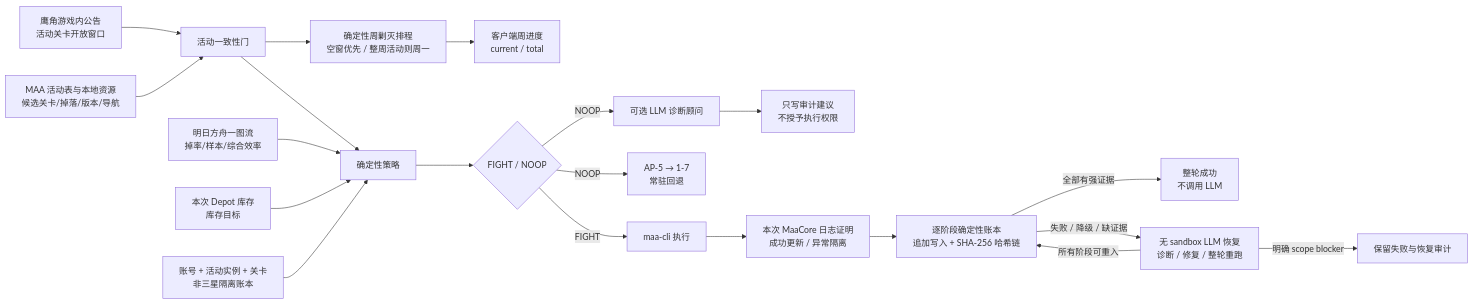
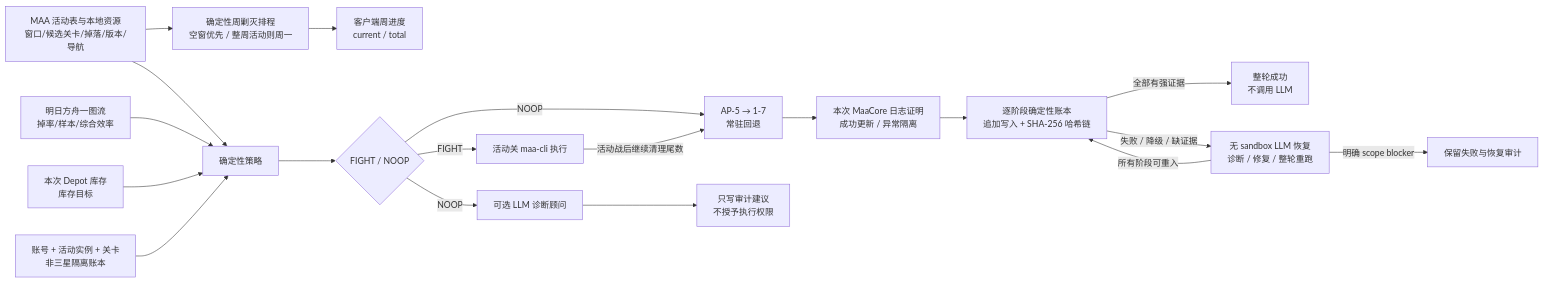
The diagram in README.md (Pzzzzz5142/ZOOTd), drawn with Mermaid before and after one commit. The commit also changed other lines of this file and 21 other files, not shown here.

````diff
--- a/README.md
+++ b/README.md
@@ -13,22 +13,21 @@
 ```mermaid
 flowchart LR
-    O[鹰角游戏内公告<br/>活动关卡开放窗口] --> G[活动一致性门]
-    M[MAA 活动表与本地资源<br/>候选关卡/掉落/版本/导航] --> G
-    G --> P[确定性策略]
+    M[MAA 活动表与本地资源<br/>窗口/候选关卡/掉落/版本/导航] --> P[确定性策略]
     Y[明日方舟一图流<br/>掉率/样本/综合效率] --> P
     I[本次 Depot 库存<br/>库存目标] --> P
     C[账号 + 活动实例 + 关卡<br/>非三星隔离账本] --> P
-    G --> W[确定性周剿灭排程<br/>空窗优先 / 整周活动则周一]
+    M --> W[确定性周剿灭排程<br/>空窗优先 / 整周活动则周一]
     W --> X[客户端周进度<br/>current / total]
     P --> D{FIGHT / NOOP}
-    D -->|FIGHT| E[maa-cli 执行]
+    D -->|FIGHT| E[活动关 maa-cli 执行]
     D -->|NOOP| F[AP-5 → 1-7<br/>常驻回退]
+    E -->|活动战后继续清理尾数| F
     D -->|NOOP| A[可选 LLM 诊断顾问]
     A --> R[只写审计建议<br/>不授予执行权限]
-    E --> Q[本次 MaaCore 日志证明<br/>成功更新 / 异常隔离]
+    F --> Q[本次 MaaCore 日志证明<br/>成功更新 / 异常隔离]
     Q --> S[逐阶段确定性账本<br/>追加写入 + SHA-256 哈希链]
     S -->|全部有强证据| Z[整轮成功<br/>不调用 LLM]
     S -->|失败 / 降级 / 缺证据| L[无 sandbox LLM 恢复<br/>诊断 / 修复 / 整轮重跑]
     L -->|所有阶段可重入| S
     L -->|明确 scope blocker| B[保留失败与恢复审计]
 ```
````
